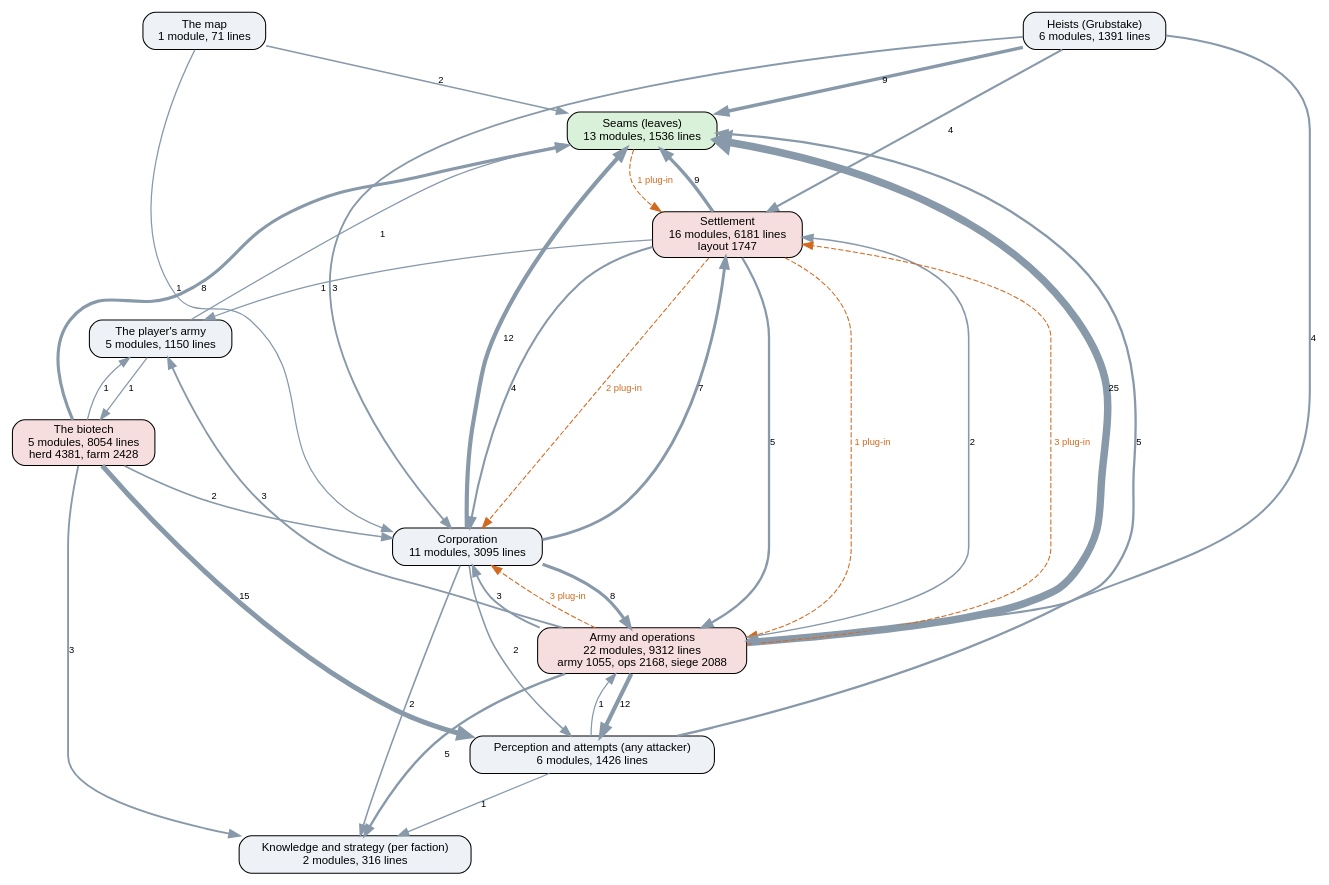
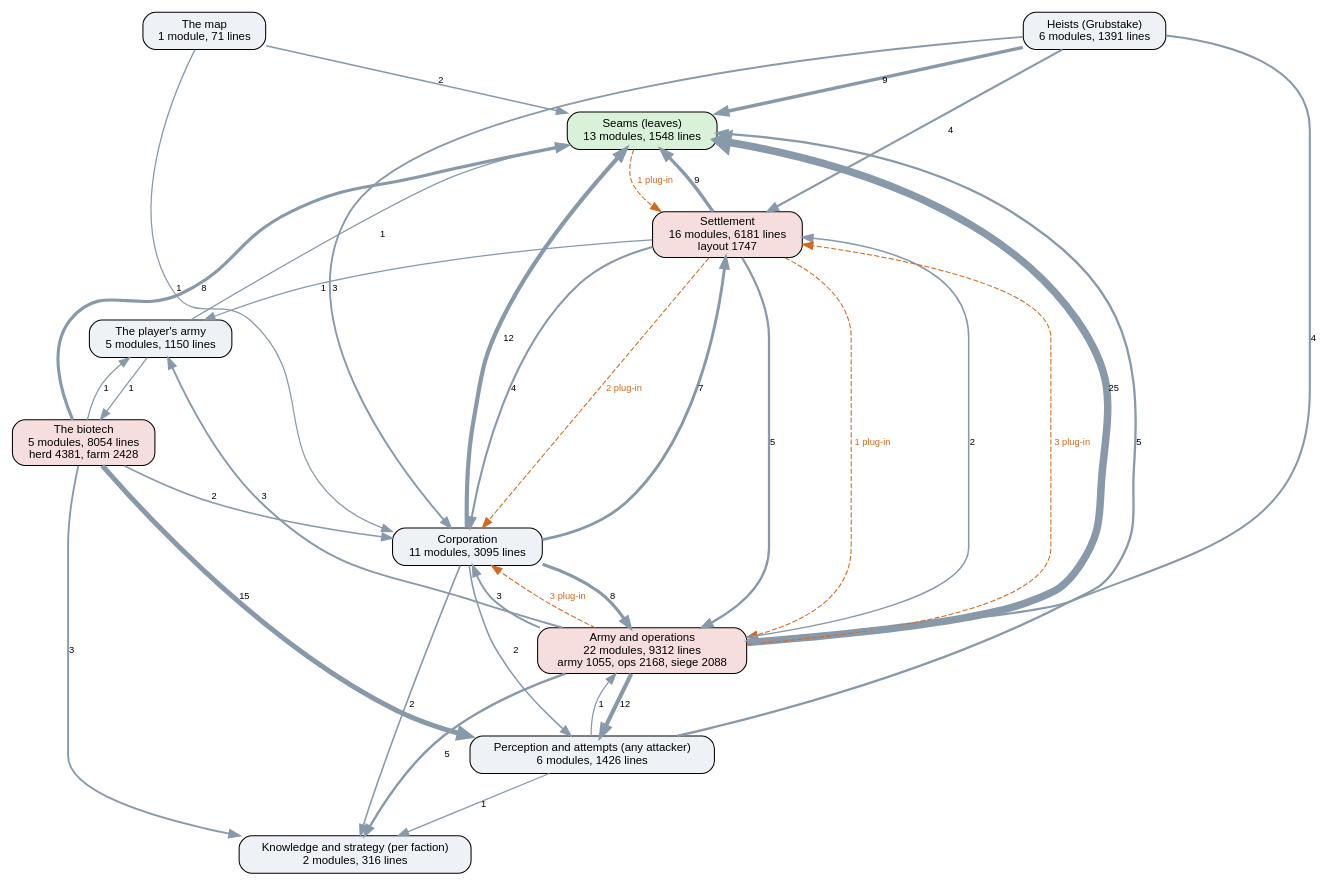
The diagram in docs/ai-layers.dot (kinelhu/landing-party), drawn with Graphviz before and after one commit. The commit also changed 12 other files, not shown here.

```diff
--- a/docs/ai-layers.dot
+++ b/docs/ai-layers.dot
@@ -1,51 +1,51 @@
 digraph layers {
   graph [rankdir=TB, fontname="Helvetica", nodesep=0.5, ranksep=0.7];
   node [shape=box, style="rounded,filled", fontname="Helvetica", fontsize=11, fillcolor="#eef2f7"];
   edge [color="#8899aa", fontname="Helvetica", fontsize=9];
-  "Seams (leaves)" [label="Seams (leaves)\n13 modules, 1536 lines", fillcolor="#d9f0d9"];
+  "Seams (leaves)" [label="Seams (leaves)\n13 modules, 1548 lines", fillcolor="#d9f0d9"];
   "Perception and attempts (any attacker)" [label="Perception and attempts (any attacker)\n6 modules, 1426 lines", fillcolor="#eef2f7"];
   "Knowledge and strategy (per faction)" [label="Knowledge and strategy (per faction)\n2 modules, 316 lines", fillcolor="#eef2f7"];
   "Corporation" [label="Corporation\n11 modules, 3095 lines", fillcolor="#eef2f7"];
   "Settlement" [label="Settlement\n16 modules, 6181 lines\nlayout 1747", fillcolor="#f7dede"];
   "Army and operations" [label="Army and operations\n22 modules, 9312 lines\narmy 1055, ops 2168, siege 2088", fillcolor="#f7dede"];
   "Heists (Grubstake)" [label="Heists (Grubstake)\n6 modules, 1391 lines", fillcolor="#eef2f7"];
   "The biotech" [label="The biotech\n5 modules, 8054 lines\nherd 4381, farm 2428", fillcolor="#f7dede"];
   "The map" [label="The map\n1 module, 71 lines", fillcolor="#eef2f7"];
   "The player's army" [label="The player's army\n5 modules, 1150 lines", fillcolor="#eef2f7"];
   "Army and operations" -> "Corporation" [label="3", penwidth=1.8];
   "Army and operations" -> "Knowledge and strategy (per faction)" [label="5", penwidth=2.2];
   "Army and operations" -> "Perception and attempts (any attacker)" [label="12", penwidth=4.0];
   "Army and operations" -> "Seams (leaves)" [label="25", penwidth=7.2];
   "Army and operations" -> "Settlement" [label="2", penwidth=1.5];
   "Army and operations" -> "The player's army" [label="3", penwidth=1.8];
   "Corporation" -> "Army and operations" [label="8", penwidth=3.0];
   "Corporation" -> "Knowledge and strategy (per faction)" [label="2", penwidth=1.5];
   "Corporation" -> "Perception and attempts (any attacker)" [label="2", penwidth=1.5];
   "Corporation" -> "Seams (leaves)" [label="12", penwidth=4.0];
   "Corporation" -> "Settlement" [label="7", penwidth=2.8];
   "Heists (Grubstake)" -> "Army and operations" [label="4", penwidth=2.0];
   "Heists (Grubstake)" -> "Corporation" [label="3", penwidth=1.8];
   "Heists (Grubstake)" -> "Seams (leaves)" [label="9", penwidth=3.2];
   "Heists (Grubstake)" -> "Settlement" [label="4", penwidth=2.0];
   "Perception and attempts (any attacker)" -> "Army and operations" [label="1", penwidth=1.2];
   "Perception and attempts (any attacker)" -> "Knowledge and strategy (per faction)" [label="1", penwidth=1.2];
   "Perception and attempts (any attacker)" -> "Seams (leaves)" [label="5", penwidth=2.2];
   "Settlement" -> "Army and operations" [label="5", penwidth=2.2];
   "Settlement" -> "Corporation" [label="4", penwidth=2.0];
   "Settlement" -> "Seams (leaves)" [label="9", penwidth=3.2];
   "Settlement" -> "The player's army" [label="1", penwidth=1.2];
   "The biotech" -> "Corporation" [label="2", penwidth=1.5];
   "The biotech" -> "Knowledge and strategy (per faction)" [label="3", penwidth=1.8];
   "The biotech" -> "Perception and attempts (any attacker)" [label="15", penwidth=4.8];
   "The biotech" -> "Seams (leaves)" [label="8", penwidth=3.0];
   "The biotech" -> "The player's army" [label="1", penwidth=1.2];
   "The map" -> "Corporation" [label="1", penwidth=1.2];
   "The map" -> "Seams (leaves)" [label="2", penwidth=1.5];
   "The player's army" -> "Seams (leaves)" [label="1", penwidth=1.2];
   "The player's army" -> "The biotech" [label="1", penwidth=1.2];
   "Army and operations" -> "Corporation" [style=dashed, color="#d2691e", fontcolor="#d2691e", label="3 plug-in"];
   "Army and operations" -> "Settlement" [style=dashed, color="#d2691e", fontcolor="#d2691e", label="3 plug-in"];
   "Seams (leaves)" -> "Settlement" [style=dashed, color="#d2691e", fontcolor="#d2691e", label="1 plug-in"];
   "Settlement" -> "Army and operations" [style=dashed, color="#d2691e", fontcolor="#d2691e", label="1 plug-in"];
   "Settlement" -> "Corporation" [style=dashed, color="#d2691e", fontcolor="#d2691e", label="2 plug-in"];
 }
```
